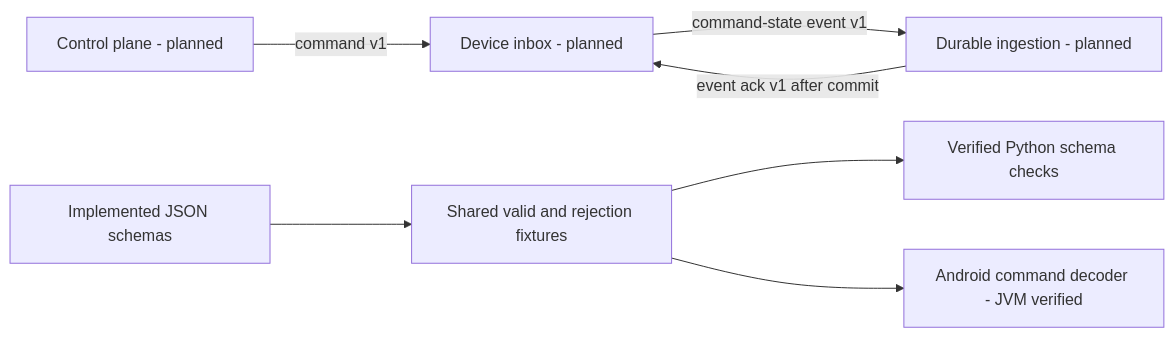
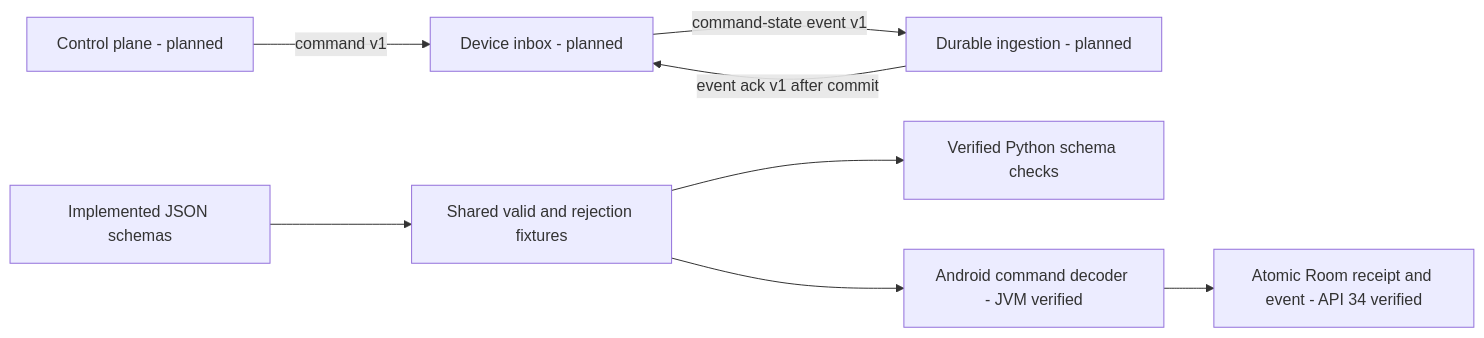
The diagram in contracts/README.md (michaelnwanna/custom-android-mdm-agent), drawn with Mermaid before and after one commit. The commit also changed other lines of this file and 167 other files, not shown here.

````diff
--- a/contracts/README.md
+++ b/contracts/README.md
@@ -15,9 +17,10 @@
 ```mermaid
 flowchart LR
     Server[Control plane - planned] -->|command v1| Device[Device inbox - planned]
     Device -->|command-state event v1| Ingest[Durable ingestion - planned]
     Ingest -->|event ack v1 after commit| Device
     Schemas[Implemented JSON schemas] --> Fixtures[Shared valid and rejection fixtures]
     Fixtures --> Checks[Verified Python schema checks]
     Fixtures --> Decoder[Android command decoder - JVM verified]
+    Decoder --> Journal[Atomic Room receipt and event - API 34 verified]
 ```
````
